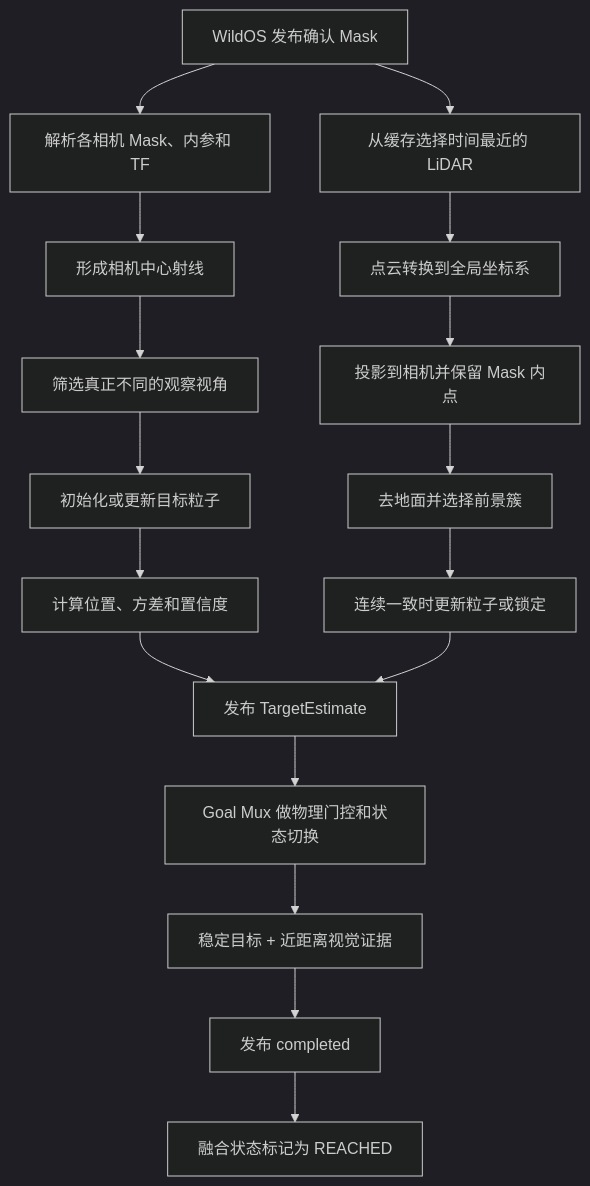
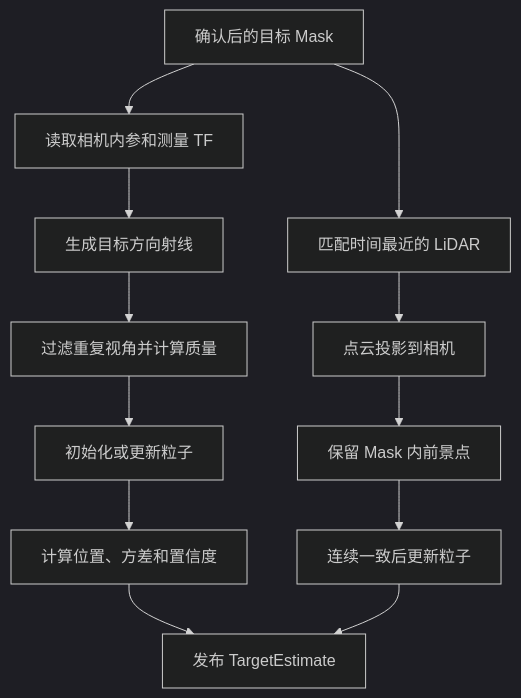
One commit to wycaca/wildos changed the diagram in graph_construction/docs/details/target_localization.md. Above: the diagram before and after it, drawn with Mermaid (dark theme). The commit also changed other lines of this file and 6 other files, not shown here.

````diff
--- a/graph_construction/docs/details/target_localization.md
+++ b/graph_construction/docs/details/target_localization.md
@@ -61,19 +53,14 @@
 ```mermaid
 flowchart TD
-    A["WildOS 发布确认 Mask"] --> B["解析各相机 Mask、内参和 TF"]
-    B --> C["形成相机中心射线"]
-    C --> D["筛选真正不同的观察视角"]
-    D --> E["初始化或更新目标粒子"]
+    A["确认后的目标 Mask"] --> B["读取相机内参和测量 TF"]
+    B --> C["生成目标方向射线"]
+    C --> D["过滤重复视角并计算质量"]
+    D --> E["初始化或更新粒子"]
     E --> F["计算位置、方差和置信度"]
-    A --> G["从缓存选择时间最近的 LiDAR"]
-    G --> H["点云转换到全局坐标系"]
-    H --> I["投影到相机并保留 Mask 内点"]
-    I --> J["去地面并选择前景簇"]
-    J --> K["连续一致时更新粒子或锁定"]
-    F --> L["发布 TargetEstimate"]
-    K --> L
-    L --> M["Goal Mux 做物理门控和状态切换"]
-    M --> N["稳定目标 + 近距离视觉证据"]
-    N --> O["发布 completed"]
-    O --> P["融合状态标记为 REACHED"]
+    A --> G["匹配时间最近的 LiDAR"]
+    G --> H["点云投影到相机"]
+    H --> I["保留 Mask 内前景点"]
+    I --> J["连续一致后更新粒子"]
+    F --> K["发布 TargetEstimate"]
+    J --> K
 ```
````
